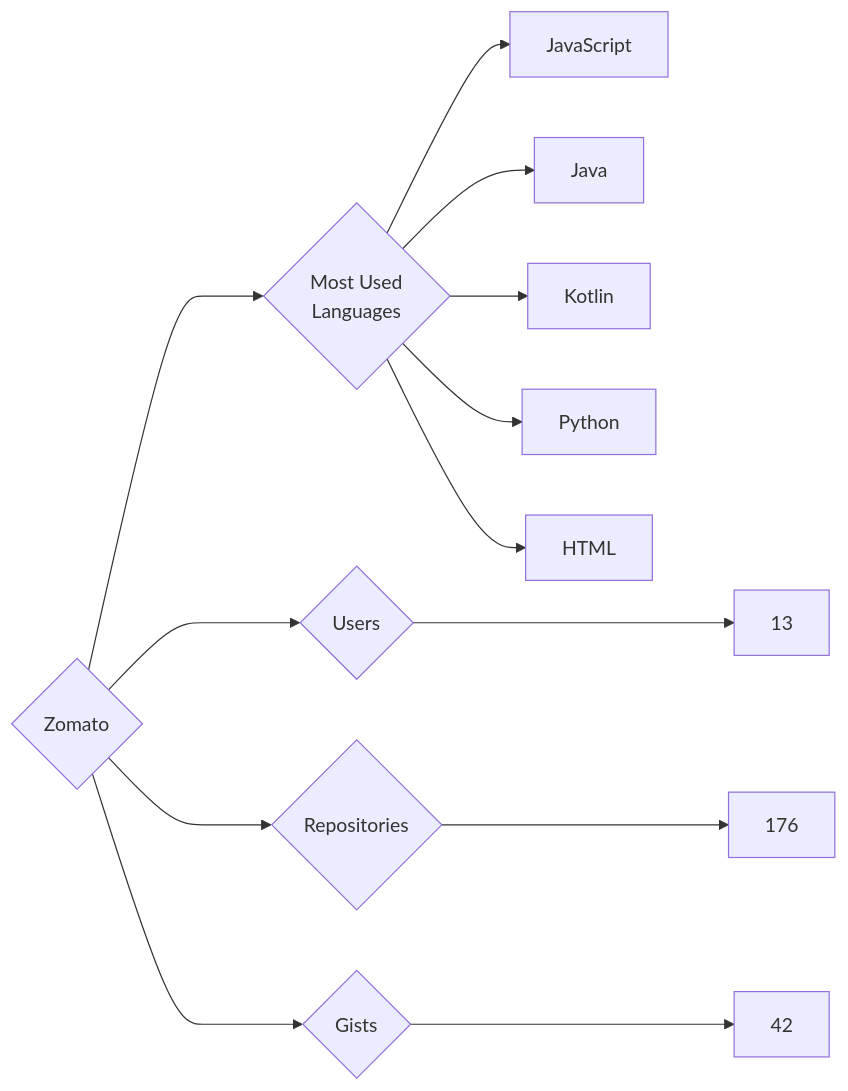
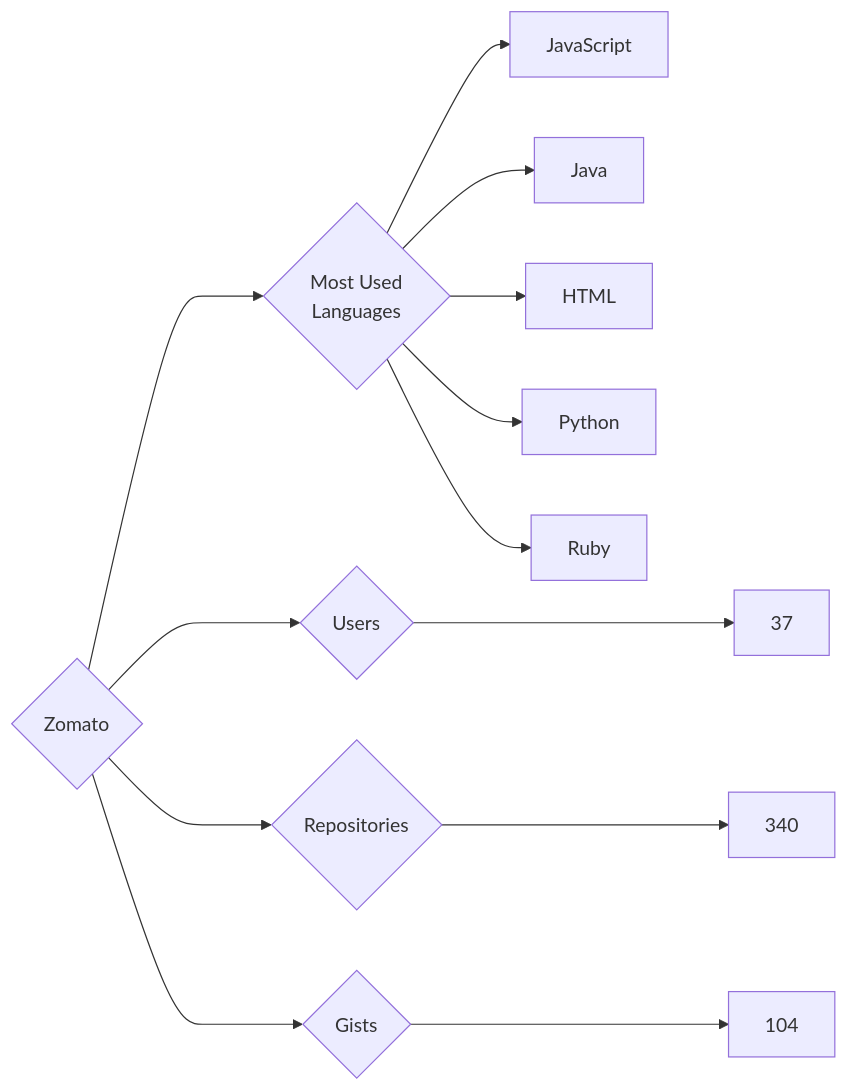
The diagram in targets/Zomato/README.md (trickest/insiders), drawn with Mermaid before and after one commit. The commit also changed 770 other files, not shown here.

````diff
--- a/targets/Zomato/README.md
+++ b/targets/Zomato/README.md
@@ -3,13 +3,13 @@
 ```mermaid
 graph LR
 COMPANY_NAME{Zomato}
-COMPANY_NAME ---> U{Users} ---> UN[13]
-COMPANY_NAME ---> R{Repositories} ---> RN[176]
-COMPANY_NAME ---> G{Gists} ---> GN[42]
+COMPANY_NAME ---> U{Users} ---> UN[37]
+COMPANY_NAME ---> R{Repositories} ---> RN[340]
+COMPANY_NAME ---> G{Gists} ---> GN[104]
 COMPANY_NAME ---> ML{Most Used<br>Languages}
 ML --> JavaScript[JavaScript]
 ML --> Java[Java]
-ML --> Kotlin[Kotlin]
+ML --> HTML[HTML]
 ML --> Python[Python]
-ML --> HTML[HTML]
+ML --> Ruby[Ruby]
 ```
````
